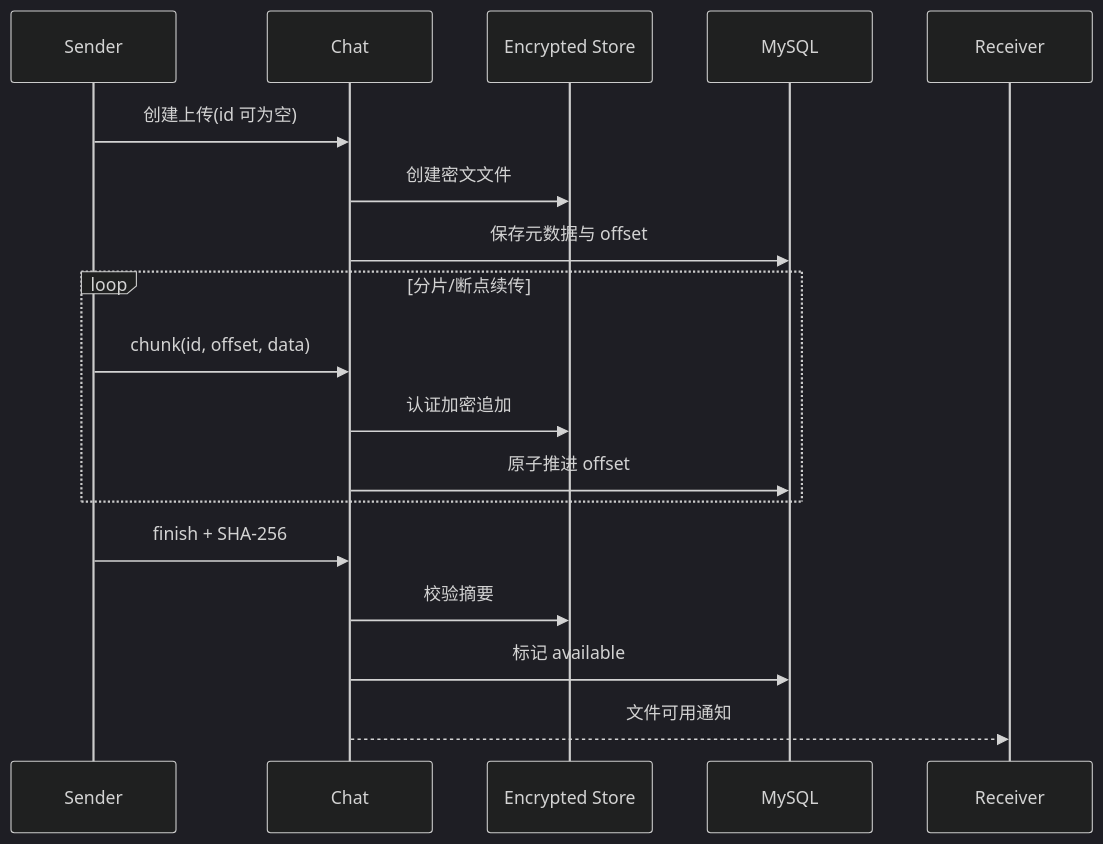
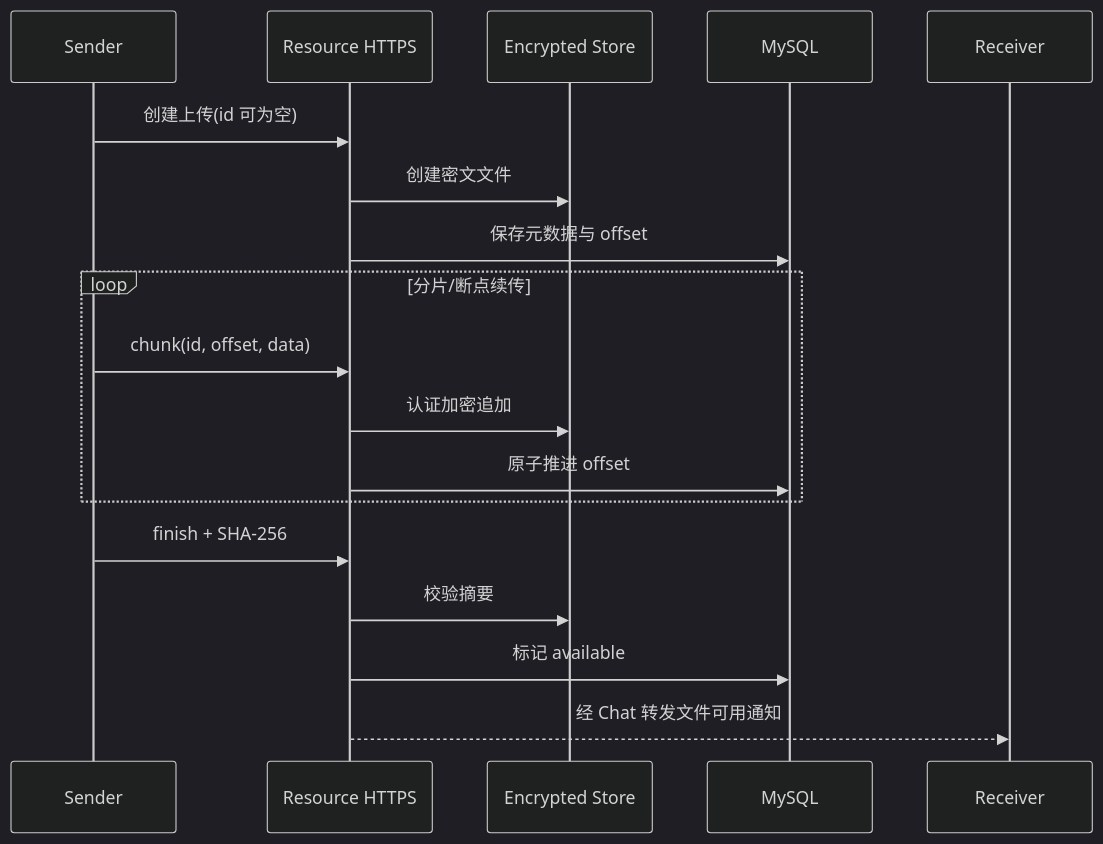
The fifth of 5 diagrams in docs/ARCHITECTURE.md (which-W/distributed-chat-system), drawn with Mermaid (dark theme) before and after one commit. The commit also changed other lines of this file and 56 other files, not shown here.

````diff
--- a/docs/ARCHITECTURE.md
+++ b/docs/ARCHITECTURE.md
@@ -115,20 +115,20 @@
 ```mermaid
 sequenceDiagram
     participant A as Sender
-    participant C as Chat
+    participant R as Resource HTTPS
     participant FS as Encrypted Store
     participant DB as MySQL
     participant B as Receiver
-    A->>C: 创建上传(id 可为空)
-    C->>FS: 创建密文文件
-    C->>DB: 保存元数据与 offset
+    A->>R: 创建上传(id 可为空)
+    R->>FS: 创建密文文件
+    R->>DB: 保存元数据与 offset
     loop 分片/断点续传
-        A->>C: chunk(id, offset, data)
-        C->>FS: 认证加密追加
-        C->>DB: 原子推进 offset
+        A->>R: chunk(id, offset, data)
+        R->>FS: 认证加密追加
+        R->>DB: 原子推进 offset
     end
-    A->>C: finish + SHA-256
-    C->>FS: 校验摘要
-    C->>DB: 标记 available
-    C-->>B: 文件可用通知
+    A->>R: finish + SHA-256
+    R->>FS: 校验摘要
+    R->>DB: 标记 available
+    R-->>B: 经 Chat 转发文件可用通知
 ```
````
